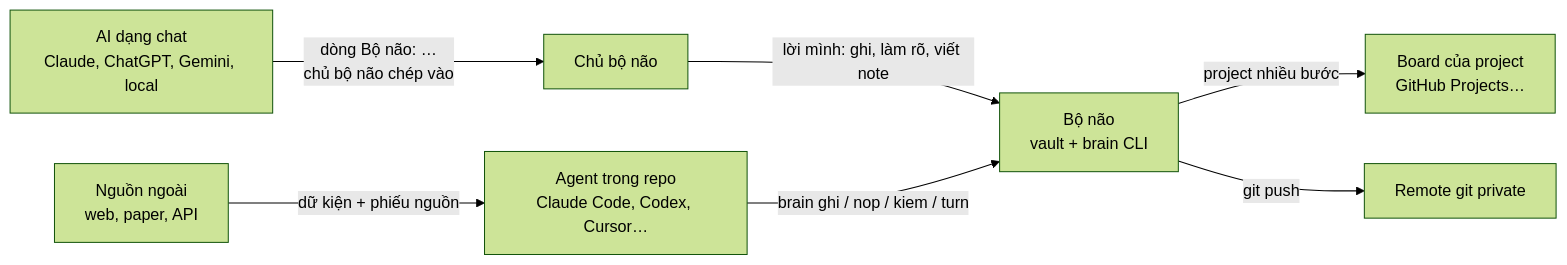
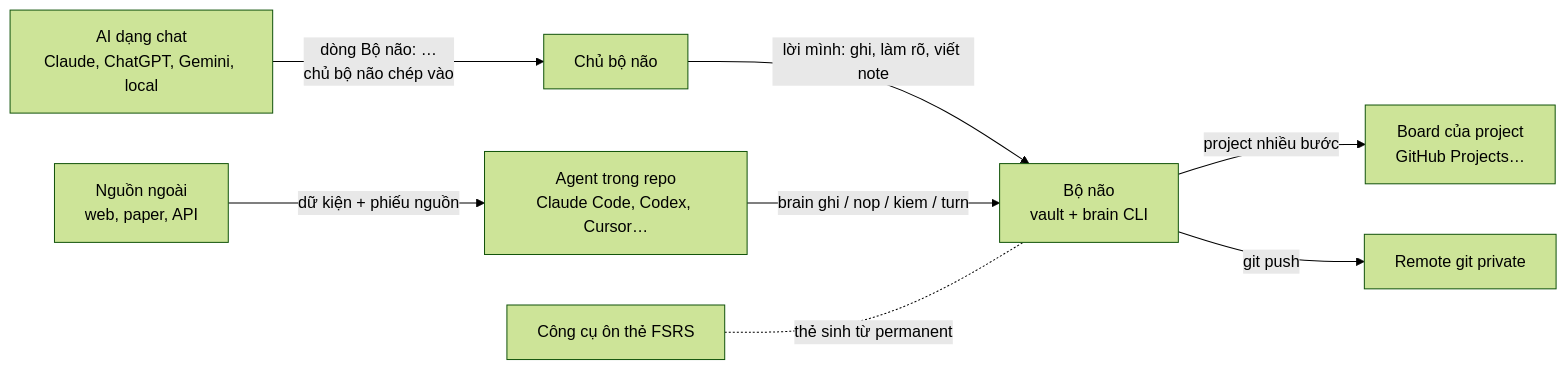
The first of 9 diagrams in docs/kien-truc-he-thong.md (DaveTran243/Brain_Standard), drawn with Mermaid (forest theme) before and after one commit. The commit also changed other lines of this file and 1 other file, not shown here.

````diff
--- a/docs/kien-truc-he-thong.md
+++ b/docs/kien-truc-he-thong.md
@@ -93,9 +173,10 @@
 ```mermaid
 flowchart LR
   U["Chủ bộ não"] -- "lời mình: ghi, làm rõ, viết note" --> B["Bộ não<br/>vault + brain CLI"]
   AI["AI dạng chat<br/>Claude, ChatGPT, Gemini, local"] -- "dòng Bộ não: …<br/>chủ bộ não chép vào" --> U
   AG["Agent trong repo<br/>Claude Code, Codex, Cursor…"] -- "brain ghi / nop / kiem / turn" --> B
   WEB["Nguồn ngoài<br/>web, paper, API"] -- "dữ kiện + phiếu nguồn" --> AG
   B -- "project nhiều bước" --> BD["Board của project<br/>GitHub Projects…"]
   B -- "git push" --> R["Remote git private"]
+  FSRS["Công cụ ôn thẻ FSRS"] -. "thẻ sinh từ permanent" .- B
 ```
````
